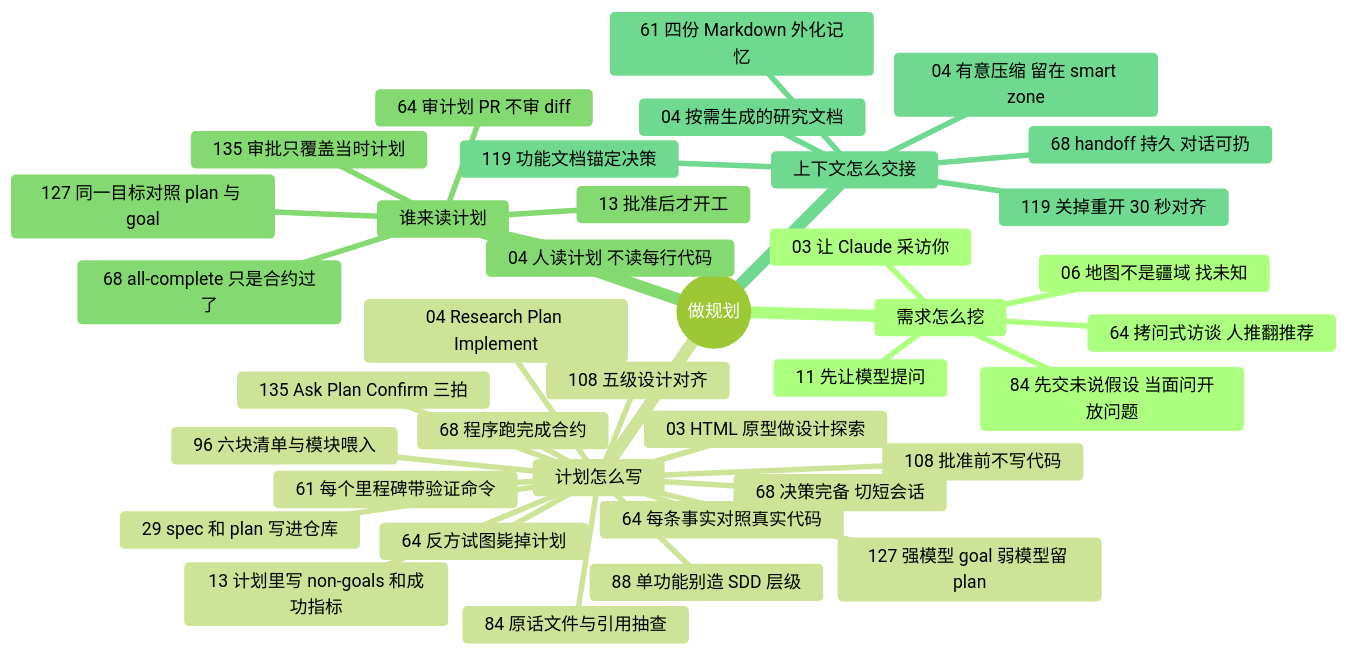
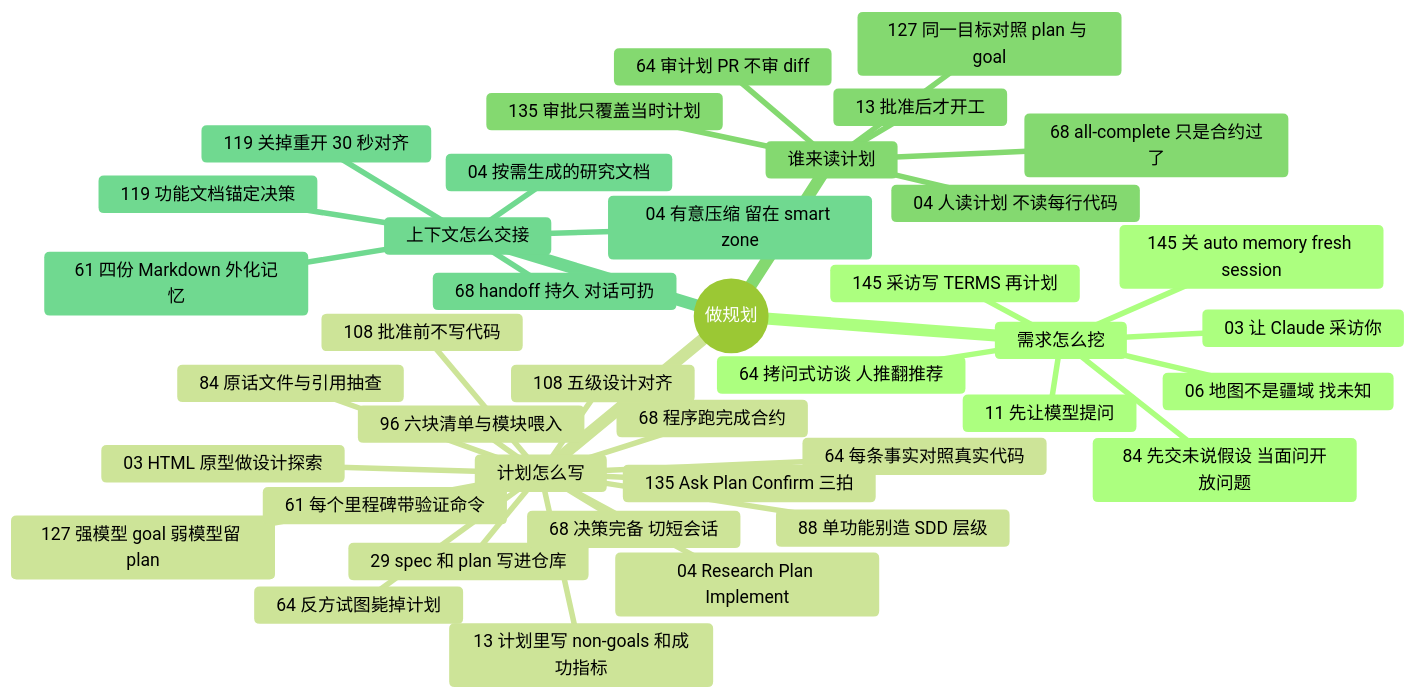
Before and after one commit to yzw7489757/ai-coding-videos: the diagram in docs/guide/planning.md, drawn with Mermaid (forest theme). The commit also changed other lines of this file and 16 other files, not shown here.

````diff
--- a/docs/guide/planning.md
+++ b/docs/guide/planning.md
@@ -13,41 +13,43 @@
 ```mermaid
 mindmap
   root((做规划))
     需求怎么挖
       03 让 Claude 采访你
       06 地图不是疆域 找未知
       11 先让模型提问
       64 拷问式访谈 人推翻推荐
       84 先交未说假设 当面问开放问题
+      145 采访写 TERMS 再计划
+      145 关 auto memory fresh session
     计划怎么写
       127 强模型 goal 弱模型留 plan
       04 Research Plan Implement
       13 计划里写 non-goals 和成功指标
       03 HTML 原型做设计探索
       29 spec 和 plan 写进仓库
       61 每个里程碑带验证命令
       64 每条事实对照真实代码
       64 反方试图毙掉计划
       68 决策完备 切短会话
       68 程序跑完成合约
       135 Ask Plan Confirm 三拍
       84 原话文件与引用抽查
       88 单功能别造 SDD 层级
       96 六块清单与模块喂入
       108 五级设计对齐
       108 批准前不写代码
     谁来读计划
       127 同一目标对照 plan 与 goal
       04 人读计划 不读每行代码
       13 批准后才开工
       135 审批只覆盖当时计划
       64 审计划 PR 不审 diff
       68 all-complete 只是合约过了
     上下文怎么交接
       04 有意压缩 留在 smart zone
       04 按需生成的研究文档
       61 四份 Markdown 外化记忆
       68 handoff 持久 对话可扔
       119 功能文档锚定决策
       119 关掉重开 30 秒对齐
 ```
````
